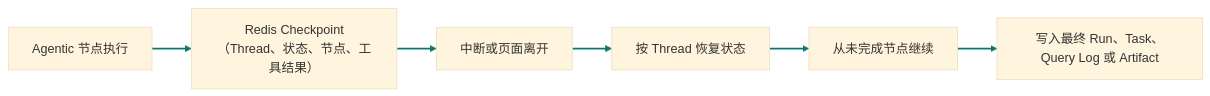
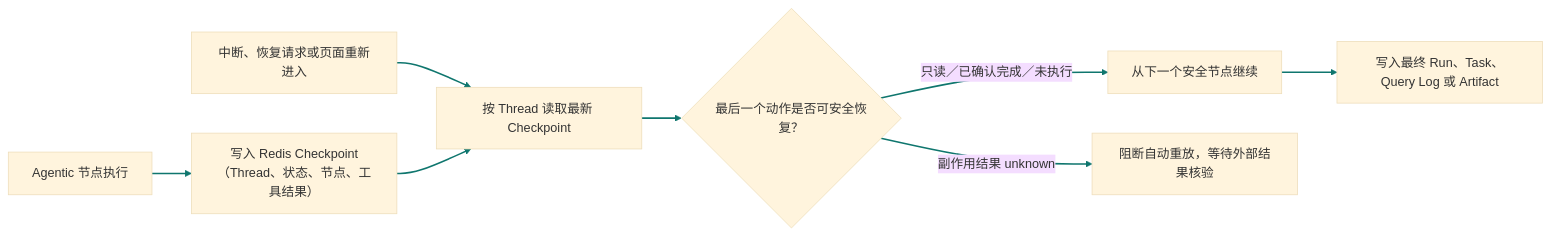
Diagram 13 of 20 in docs/interview/功能步骤流程.md (monstereatai/RAG), drawn with Mermaid (base theme) before and after one commit. The commit also changed other lines of this file and 97 other files, not shown here.

````diff
--- a/docs/interview/功能步骤流程.md
+++ b/docs/interview/功能步骤流程.md
@@ -407,9 +554,11 @@
 ```mermaid
 flowchart LR
-  A[Agentic 节点执行] --> B[Redis Checkpoint（Thread、状态、节点、工具结果）]
-  B --> C[中断或页面离开]
-  C --> D[按 Thread 恢复状态]
-  D --> E[从未完成节点继续]
-  E --> F[写入最终 Run、Task、Query Log 或 Artifact]
-  linkStyle 0,1,2,3,4 stroke:#0f766e,stroke-width:2px
+  A[Agentic 节点执行] --> B[写入 Redis Checkpoint（Thread、状态、节点、工具结果）]
+  C[中断、恢复请求或页面重新进入] --> D[按 Thread 读取最新 Checkpoint]
+  B --> D
+  D --> E{最后一个动作是否可安全恢复？}
+  E -->|只读／已确认完成／未执行| F[从下一个安全节点继续]
+  E -->|副作用结果 unknown| G[阻断自动重放，等待外部结果核验]
+  F --> H[写入最终 Run、Task、Query Log 或 Artifact]
+  linkStyle 0,1,2,3,4,5,6 stroke:#0f766e,stroke-width:2px
 ```
````
